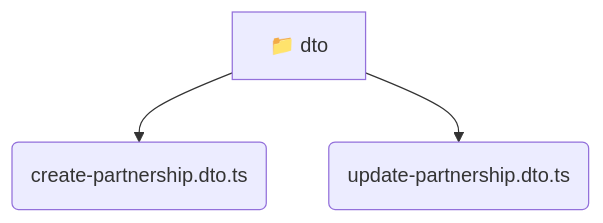
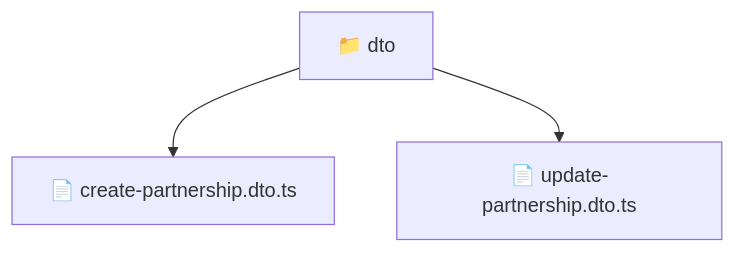
The diagram in backend/src/modules/partnership/presentation/dto/README.md (beginwebdev2002/fullstack-mavluda), drawn with Mermaid before and after one commit. The commit also changed other lines of this file and 163 other files, not shown here.

````diff
--- a/backend/src/modules/partnership/presentation/dto/README.md
+++ b/backend/src/modules/partnership/presentation/dto/README.md
@@ -9,6 +10,6 @@
 ```mermaid
 graph TD
-  dto[📁 dto]
-  dto --> dto_create_partnership_dto_ts(create-partnership.dto.ts)
-  dto --> dto_update_partnership_dto_ts(update-partnership.dto.ts)
+  Root["📁 dto"]
+  Root --> createpartnershipdtots["📄 create-partnership.dto.ts"]
+  Root --> updatepartnershipdtots["📄 update-partnership.dto.ts"]
 ```
````
